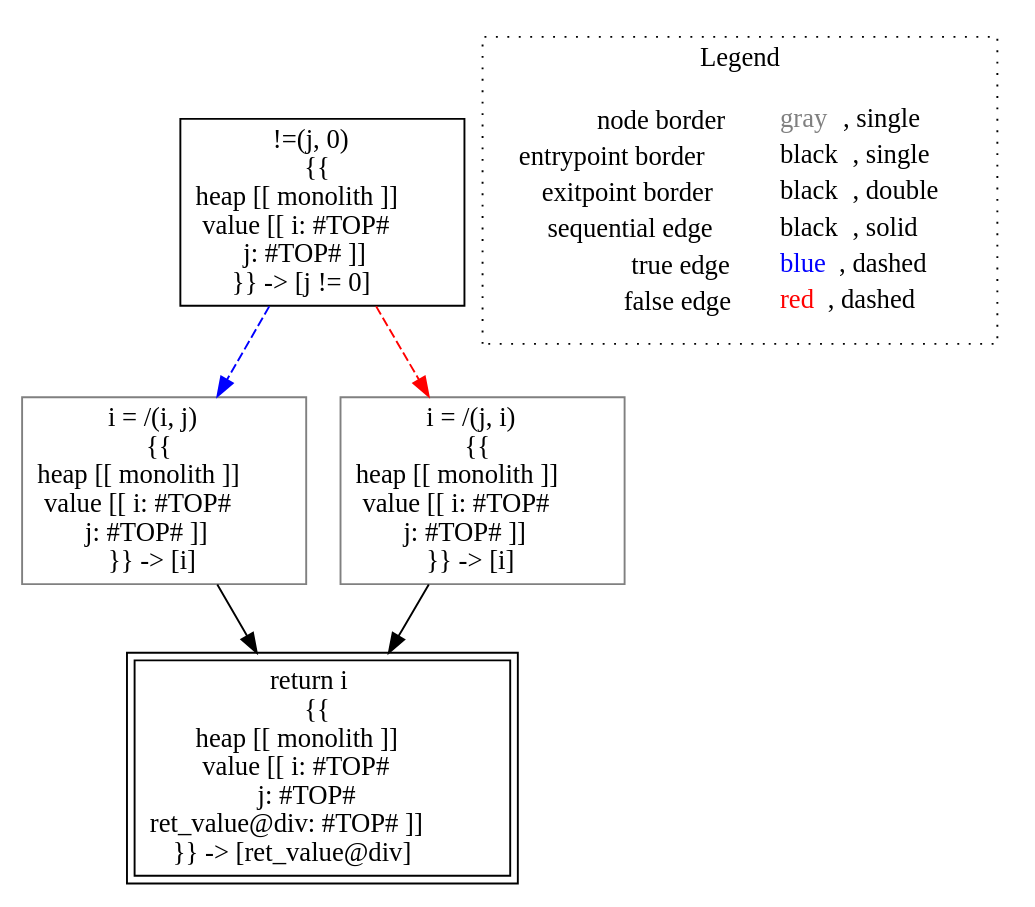
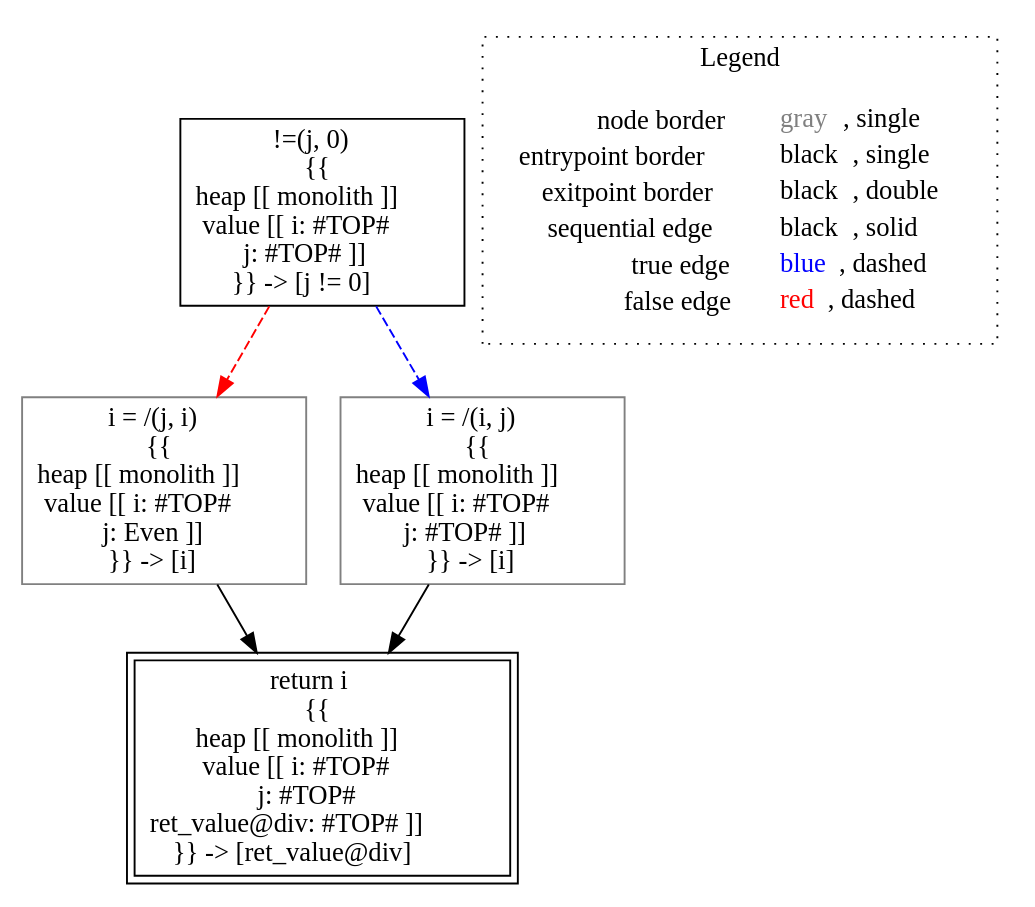
Before and after one commit to lisa-analyzer/lisa: the diagram in lisa/imp-testcases/parity/analysis___untyped_tutorial.div(tutorial_this,_untyped_i,_untyped_j).dot, drawn with Graphviz. The commit also changed 14 other files, not shown here.

```diff
--- a/lisa/imp-testcases/parity/analysis___untyped_tutorial.div(tutorial_this,_untyped_i,_untyped_j).dot
+++ b/lisa/imp-testcases/parity/analysis___untyped_tutorial.div(tutorial_this,_untyped_i,_untyped_j).dot
@@ -1,17 +1,17 @@
 digraph {
 	"node0" [shape="rect",color="black",label=<!=(j, 0)<BR/>{{<BR/>heap [[ monolith ]]<BR/>value [[ i: #TOP#<BR/>j: #TOP# ]]<BR/>}} -&gt; [j != 0]>];
-	"node1" [shape="rect",color="gray",label=<i = /(i, j)<BR/>{{<BR/>heap [[ monolith ]]<BR/>value [[ i: #TOP#<BR/>j: #TOP# ]]<BR/>}} -&gt; [i]>];
-	"node2" [shape="rect",color="gray",label=<i = /(j, i)<BR/>{{<BR/>heap [[ monolith ]]<BR/>value [[ i: #TOP#<BR/>j: #TOP# ]]<BR/>}} -&gt; [i]>];
+	"node1" [shape="rect",color="gray",label=<i = /(j, i)<BR/>{{<BR/>heap [[ monolith ]]<BR/>value [[ i: #TOP#<BR/>j: Even ]]<BR/>}} -&gt; [i]>];
+	"node2" [shape="rect",color="gray",label=<i = /(i, j)<BR/>{{<BR/>heap [[ monolith ]]<BR/>value [[ i: #TOP#<BR/>j: #TOP# ]]<BR/>}} -&gt; [i]>];
 	"node3" [shape="rect",color="black",peripheries="2",label=<return i<BR/>{{<BR/>heap [[ monolith ]]<BR/>value [[ i: #TOP#<BR/>j: #TOP#<BR/>ret_value@div: #TOP# ]]<BR/>}} -&gt; [ret_value@div]>];
-	"node0" -> "node1" [color="blue",style="dashed"];
-	"node0" -> "node2" [color="red",style="dashed"];
+	"node0" -> "node1" [color="red",style="dashed"];
+	"node0" -> "node2" [color="blue",style="dashed"];
 	"node1" -> "node3" [color="black"];
 	"node2" -> "node3" [color="black"];
 subgraph cluster_legend {
 	label="Legend";
 	style=dotted;
 	node [shape=plaintext];
 	"legend" [label=<<table border="0" cellpadding="2" cellspacing="0" cellborder="0"><tr><td align="right">node border&nbsp;</td><td align="left"><font color="gray">gray</font>, single</td></tr><tr><td align="right">entrypoint border&nbsp;</td><td align="left"><font color="black">black</font>, single</td></tr><tr><td align="right">exitpoint border&nbsp;</td><td align="left"><font color="black">black</font>, double</td></tr><tr><td align="right">sequential edge&nbsp;</td><td align="left"><font color="black">black</font>, solid</td></tr><tr><td align="right">true edge&nbsp;</td><td align="left"><font color="blue">blue</font>, dashed</td></tr><tr><td align="right">false edge&nbsp;</td><td align="left"><font color="red">red</font>, dashed</td></tr></table>>];
 }
 
 }
```
